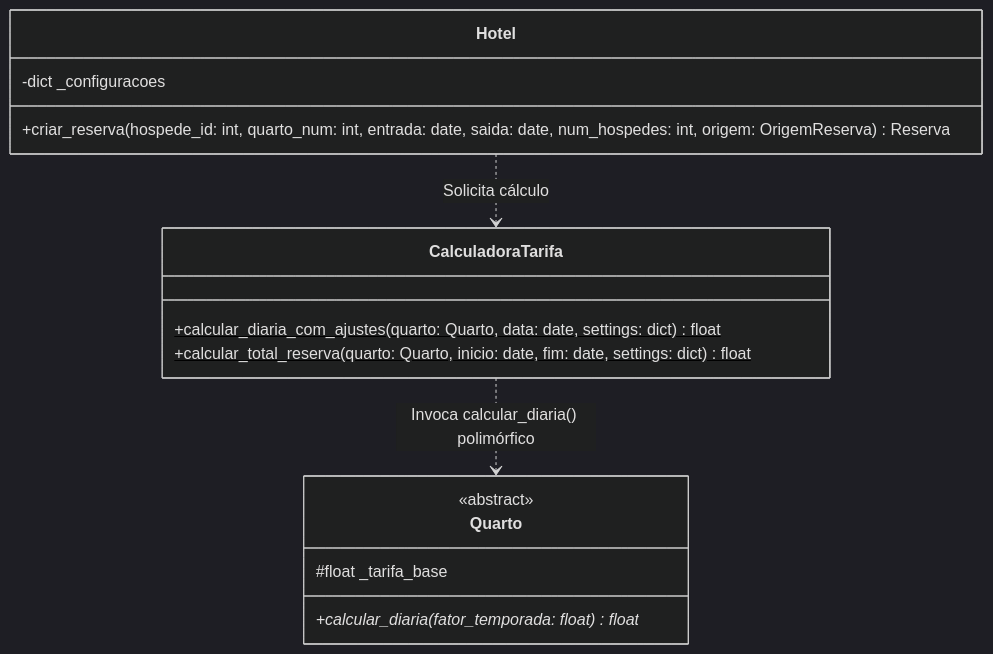
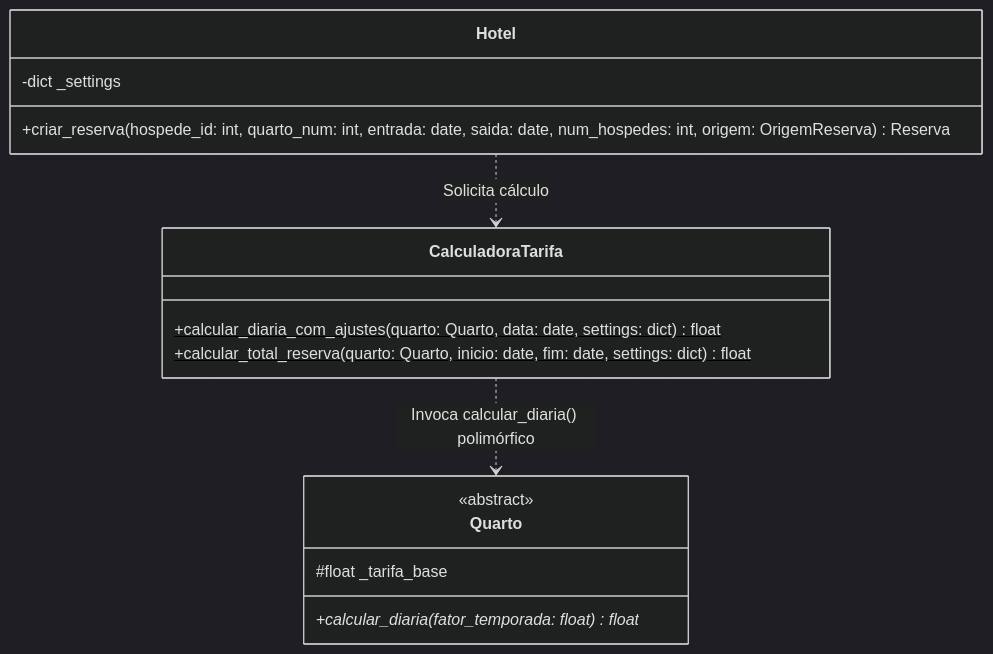
Before and after one commit to WandersonLobo/Sistema-de-Reserva-de-Hotel: diagram 19 of 23 in docs/uml_diagram.md, drawn with Mermaid (dark theme). The commit also changed other lines of this file and 1 other file, not shown here.

Commit message:
docs: update UML documentation to reflect class name changes from mixins to concrete classes

````diff
--- a/docs/uml_diagram.md
+++ b/docs/uml_diagram.md
@@ -795,23 +792,23 @@
 ```mermaid
 classDiagram
     %% Definição das Classes
     class CalculadoraTarifa {
         +calcular_diaria_com_ajustes(quarto: Quarto, data: date, settings: dict)$ float
         +calcular_total_reserva(quarto: Quarto, inicio: date, fim: date, settings: dict)$ float
     }
 
     class Quarto {
         <<abstract>>
         #float _tarifa_base
         +calcular_diaria(fator_temporada: float)* float
     }
 
     class Hotel {
-        -dict _configuracoes
+        -dict _settings
         +criar_reserva(hospede_id: int, quarto_num: int, entrada: date, saida: date, num_hospedes: int, origem: OrigemReserva) Reserva
     }
 
     %% Relações de Dependência
     Hotel ..> CalculadoraTarifa : Solicita cálculo
     CalculadoraTarifa ..> Quarto : Invoca calcular_diaria() polimórfico
 ```
````
